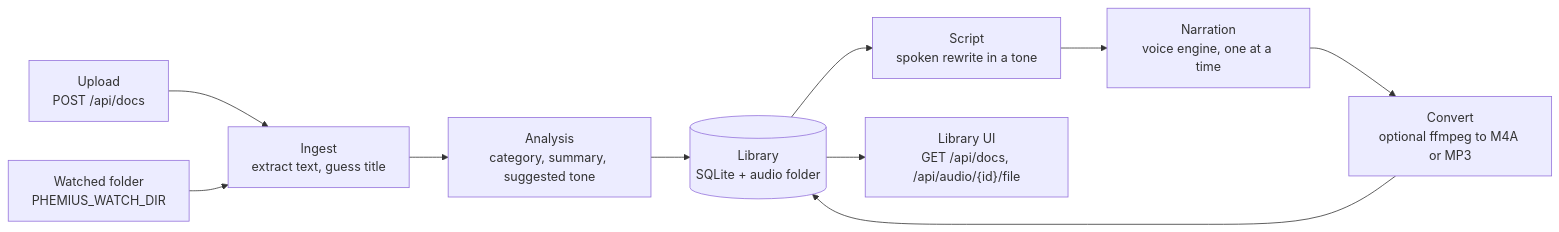
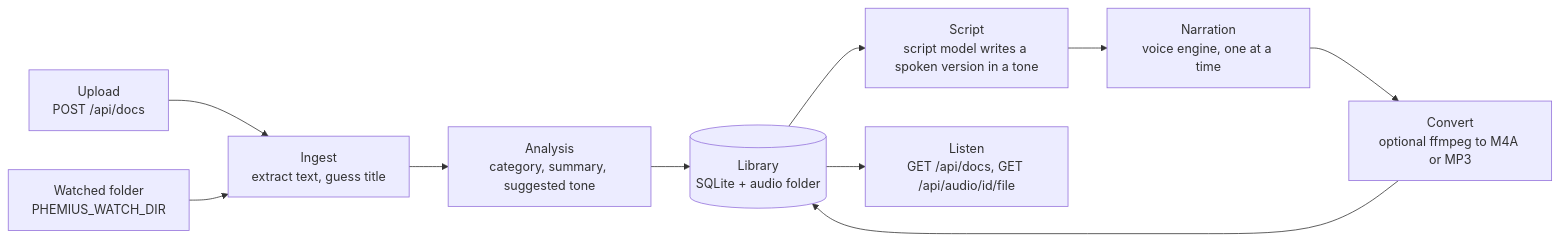
The diagram in docs/architecture.md (Ivangonz/phemius), drawn with Mermaid before and after one commit. The commit also changed other lines of this file and 3 other files, not shown here.

````diff
--- a/docs/architecture.md
+++ b/docs/architecture.md
@@ -11,12 +11,12 @@
 ```mermaid
 flowchart LR
     upload["Upload<br/>POST /api/docs"] --> ingest
     watch["Watched folder<br/>PHEMIUS_WATCH_DIR"] --> ingest
     ingest["Ingest<br/>extract text, guess title"] --> analysis
     analysis["Analysis<br/>category, summary, suggested tone"] --> store[("Library<br/>SQLite + audio folder")]
-    store --> script["Script<br/>spoken rewrite in a tone"]
+    store --> script["Script<br/>script model writes a spoken version in a tone"]
     script --> narration["Narration<br/>voice engine, one at a time"]
     narration --> convert["Convert<br/>optional ffmpeg to M4A or MP3"]
     convert --> store
-    store --> player["Library UI<br/>GET /api/docs, /api/audio/{id}/file"]
+    store --> player["Listen<br/>GET /api/docs, GET /api/audio/id/file"]
 ```
````
